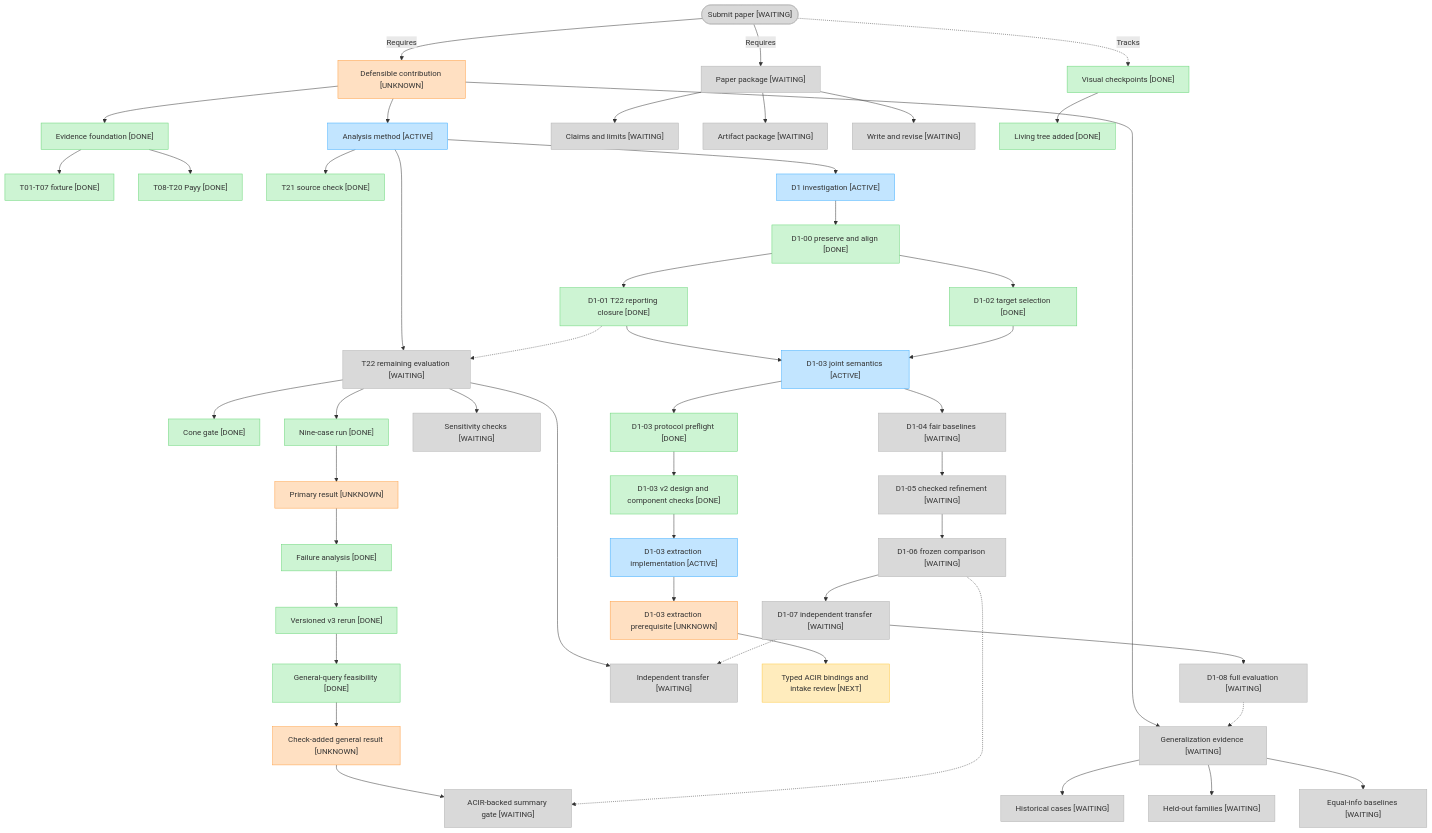
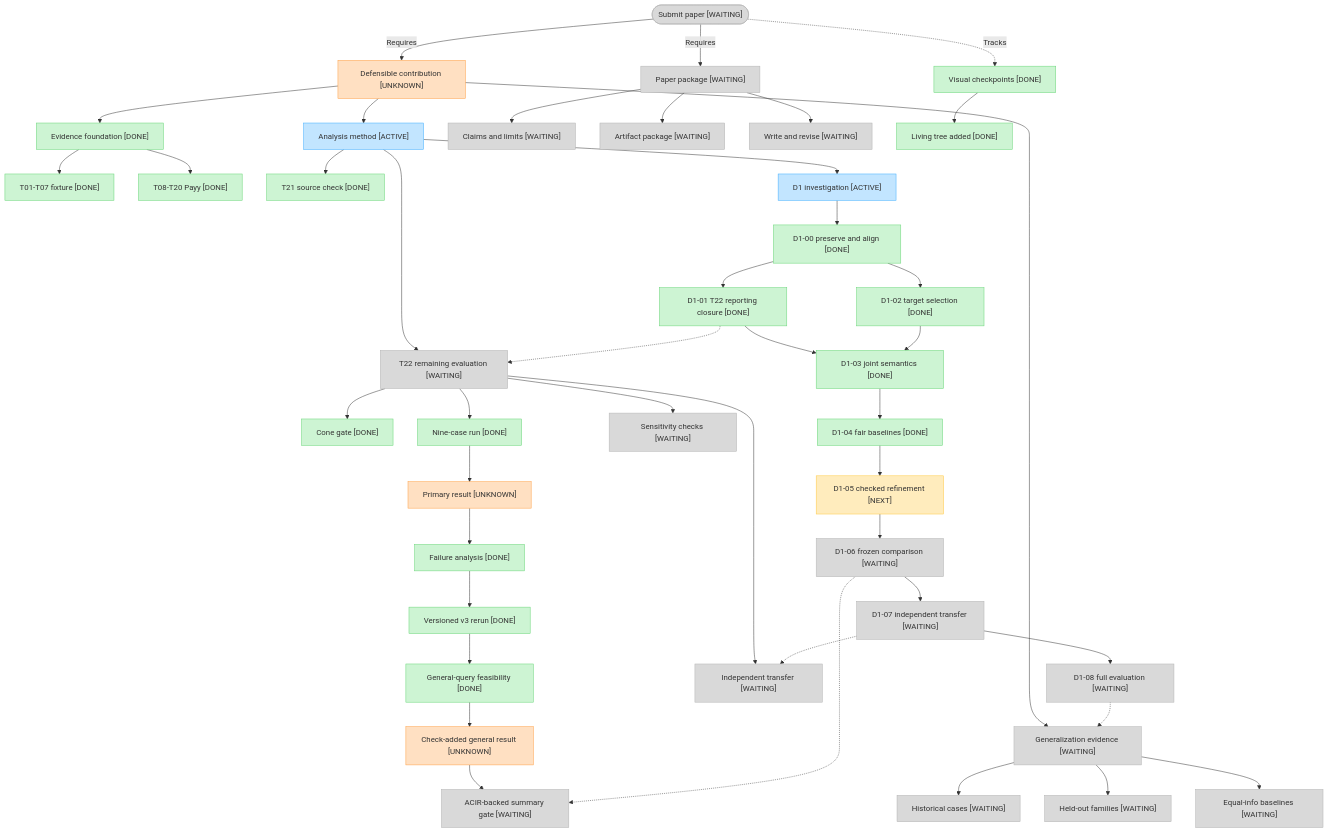
The diagram in docs/project-status.md (imranpollob/BindCheck), drawn with Mermaid before and after one commit. The commit also changed other lines of this file and 91 other files, not shown here.

````diff
--- a/docs/project-status.md
+++ b/docs/project-status.md
@@ -16,71 +16,66 @@
 ```mermaid
 flowchart TD
     submit(["Submit paper [WAITING]"])
     contribution["Defensible contribution [UNKNOWN]"]
     submit -->|"Requires"| contribution
     submit -->|"Requires"| manuscript["Paper package [WAITING]"]
     submit -.->|"Tracks"| tracking["Visual checkpoints [DONE]"]
 
     contribution --> foundation["Evidence foundation [DONE]"]
     contribution --> analysis["Analysis method [ACTIVE]"]
     contribution --> evaluation["Generalization evidence [WAITING]"]
 
     foundation --> fixture["T01-T07 fixture [DONE]"]
     foundation --> payy["T08-T20 Payy [DONE]"]
 
     analysis --> sourceCheck["T21 source check [DONE]"]
     analysis --> t22["T22 remaining evaluation [WAITING]"]
     t22 --> coneGate["Cone gate [DONE]"]
     t22 --> nineCases["Nine-case run [DONE]"]
     nineCases --> primaryResult["Primary result [UNKNOWN]"]
     primaryResult --> failureAnalysis["Failure analysis [DONE]"]
     failureAnalysis --> v3Rerun["Versioned v3 rerun [DONE]"]
     v3Rerun --> generalGate["General-query feasibility [DONE]"]
     generalGate --> generalResult["Check-added general result [UNKNOWN]"]
     generalResult --> acirSummary["ACIR-backed summary gate [WAITING]"]
     t22 --> transferCase["Independent transfer [WAITING]"]
     t22 --> sensitivity["Sensitivity checks [WAITING]"]
 
     analysis --> d1["D1 investigation [ACTIVE]"]
     d1 --> d100["D1-00 preserve and align [DONE]"]
     d100 --> d101["D1-01 T22 reporting closure [DONE]"]
     d100 --> d102["D1-02 target selection [DONE]"]
-    d101 --> d103["D1-03 joint semantics [ACTIVE]"]
+    d101 --> d103["D1-03 joint semantics [DONE]"]
     d102 --> d103
-    d103 --> d103preflight["D1-03 protocol preflight [DONE]"]
-    d103preflight --> d103review["D1-03 v2 design and component checks [DONE]"]
-    d103review --> d103impl["D1-03 extraction implementation [ACTIVE]"]
-    d103impl --> d103gate["D1-03 extraction prerequisite [UNKNOWN]"]
-    d103gate --> d103typed["Typed ACIR bindings and intake review [NEXT]"]
-    d103 --> d104["D1-04 fair baselines [WAITING]"]
-    d104 --> d105["D1-05 checked refinement [WAITING]"]
+    d103 --> d104["D1-04 fair baselines [DONE]"]
+    d104 --> d105["D1-05 checked refinement [NEXT]"]
     d105 --> d106["D1-06 frozen comparison [WAITING]"]
     d106 --> d107["D1-07 independent transfer [WAITING]"]
     d107 --> d108["D1-08 full evaluation [WAITING]"]
     d101 -.-> t22
     d106 -.-> acirSummary
     d107 -.-> transferCase
     d108 -.-> evaluation
 
     evaluation --> history["Historical cases [WAITING]"]
     evaluation --> heldOut["Held-out families [WAITING]"]
     evaluation --> baselines["Equal-info baselines [WAITING]"]
 
     manuscript --> claims["Claims and limits [WAITING]"]
     manuscript --> artifacts["Artifact package [WAITING]"]
     manuscript --> draft["Write and revise [WAITING]"]
 
     tracking --> livingTree["Living tree added [DONE]"]
 
     classDef done fill:#CDF4D3,stroke:#66D575
     classDef active fill:#C2E5FF,stroke:#3DADFF
     classDef next fill:#FFECBD,stroke:#FFC943
     classDef waiting fill:#D9D9D9,stroke:#B3B3B3
     classDef unknown fill:#FFE0C2,stroke:#FF9E42
 
-    class foundation,fixture,payy,sourceCheck,coneGate,nineCases,failureAnalysis,v3Rerun,generalGate,tracking,livingTree,d100,d101,d102,d103preflight,d103review done
-    class analysis,d1,d103,d103impl active
-    class d103typed next
-    class evaluation,history,heldOut,baselines,manuscript,claims,artifacts,draft,transferCase,sensitivity,submit,t22,acirSummary,d104,d105,d106,d107,d108 waiting
-    class contribution,primaryResult,generalResult,d103gate unknown
+    class foundation,fixture,payy,sourceCheck,coneGate,nineCases,failureAnalysis,v3Rerun,generalGate,tracking,livingTree,d100,d101,d102,d103,d104 done
+    class analysis,d1 active
+    class evaluation,history,heldOut,baselines,manuscript,claims,artifacts,draft,transferCase,sensitivity,submit,t22,acirSummary,d106,d107,d108 waiting
+    class d105 next
+    class contribution,primaryResult,generalResult unknown
 ```
````
